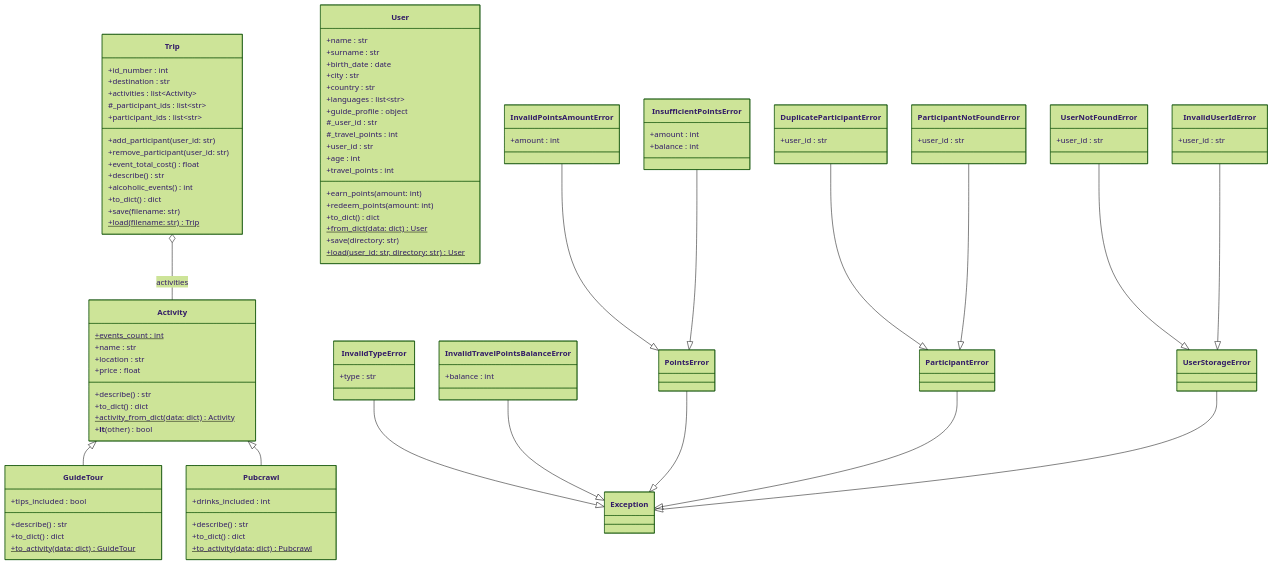
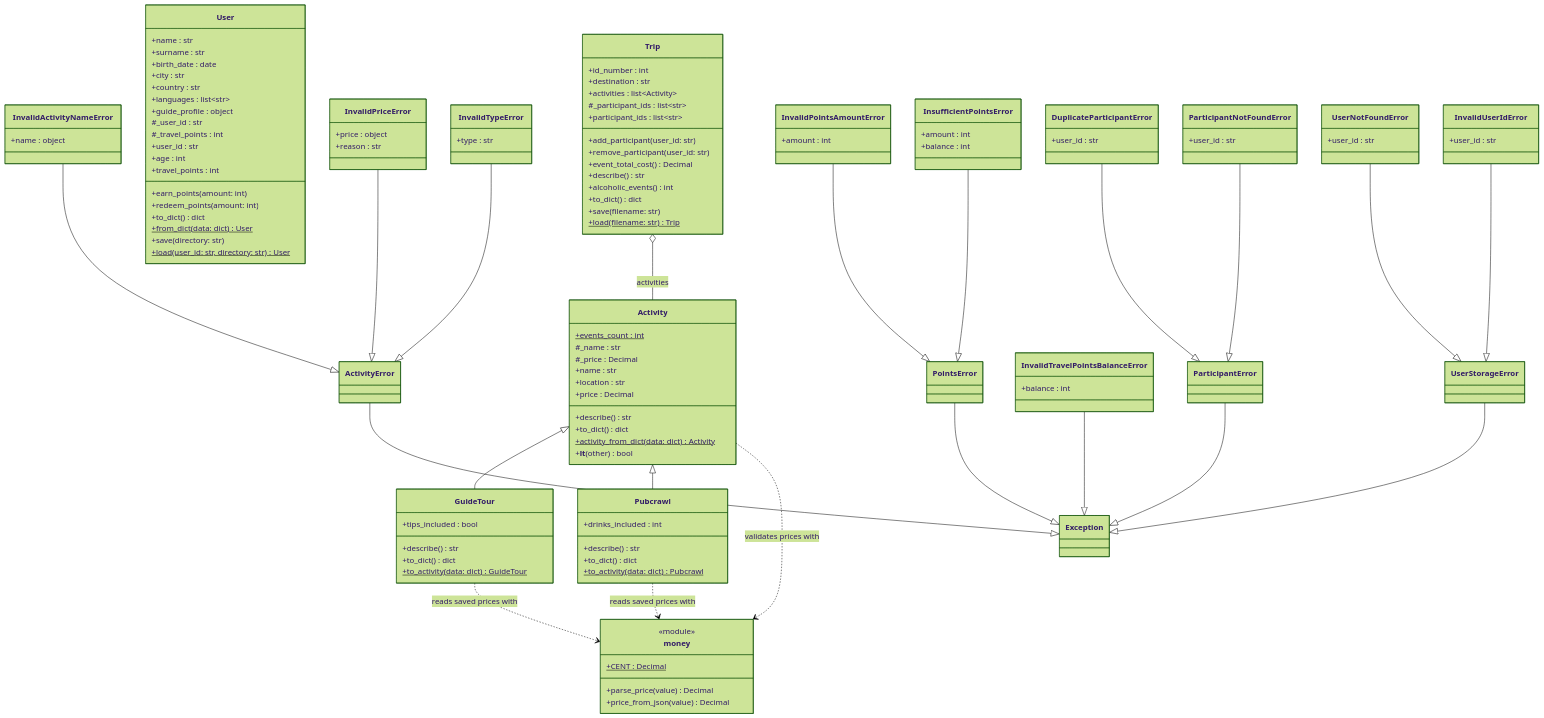
The diagram in docs/class_diagram.md (hibridus92-star/Travel-Go), drawn with Mermaid (forest theme) before and after one commit. The commit also changed other lines of this file, not shown here.

Commit message:
Update class diagram with decimal prices and activity errors
Show Decimal prices, validated name and price properties, the money module and the ActivityError family.

```diff
--- a/docs/class_diagram.md
+++ b/docs/class_diagram.md
@@ -6,9 +6,11 @@
 classDiagram
     class Activity {
         +events_count : int$
+        #_name : str
+        #_price : Decimal
         +name : str
         +location : str
-        +price : float
+        +price : Decimal
         +describe() str
         +to_dict() dict
         +activity_from_dict(data: dict)$ Activity
@@ -29,6 +31,13 @@
         +to_activity(data: dict)$ Pubcrawl
     }
  
+    class money {
+        <<module>>
+        +CENT : Decimal$
+        +parse_price(value) Decimal
+        +price_from_json(value) Decimal
+    }
+ 
     class Trip {
         +id_number : int
         +destination : str
@@ -37,7 +46,7 @@
         +participant_ids : list~str~
         +add_participant(user_id: str)
         +remove_participant(user_id: str)
-        +event_total_cost() float
+        +event_total_cost() Decimal
         +describe() str
         +alcoholic_events() int
         +to_dict() dict
@@ -66,6 +75,14 @@
         +load(user_id: str, directory: str)$ User
     }
  
+    class ActivityError
+    class InvalidActivityNameError {
+        +name : object
+    }
+    class InvalidPriceError {
+        +price : object
+        +reason : str
+    }
     class InvalidTypeError {
         +type : str
     }
@@ -101,8 +118,14 @@
     Activity <|-- GuideTour
     Activity <|-- Pubcrawl
     Trip o-- Activity : activities
+    Activity ..> money : validates prices with
+    GuideTour ..> money : reads saved prices with
+    Pubcrawl ..> money : reads saved prices with
  
-    InvalidTypeError --|> Exception
+    ActivityError --|> Exception
+    InvalidActivityNameError --|> ActivityError
+    InvalidPriceError --|> ActivityError
+    InvalidTypeError --|> ActivityError
     InvalidTravelPointsBalanceError --|> Exception
     PointsError --|> Exception
     InvalidPointsAmountError --|> PointsError
```
